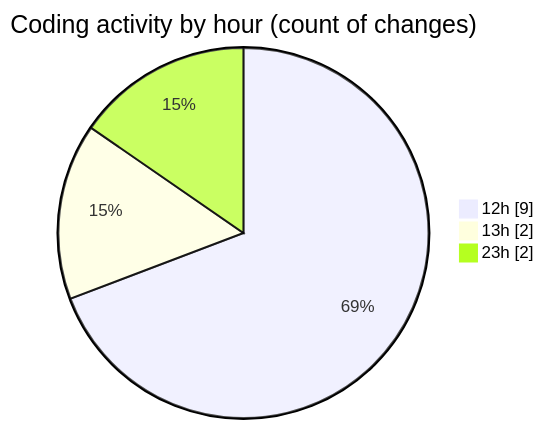
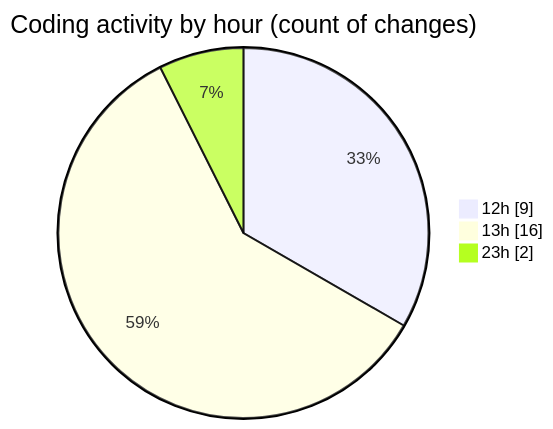
One commit to Elitesun/code-tracking changed the second of 2 diagrams in 2025-03-29/binarysec/README.md. Above: the diagram before and after it, drawn with Mermaid. The commit also changed other lines of this file and 1 other file, not shown here.

````diff
--- a/2025-03-29/binarysec/README.md
+++ b/2025-03-29/binarysec/README.md
@@ -35,7 +40,7 @@
 ```mermaid
 pie showData
 title Coding activity by hour (count of changes)
 "12h" : 9
-"13h" : 2
+"13h" : 16
 "23h" : 2
 ```
````
